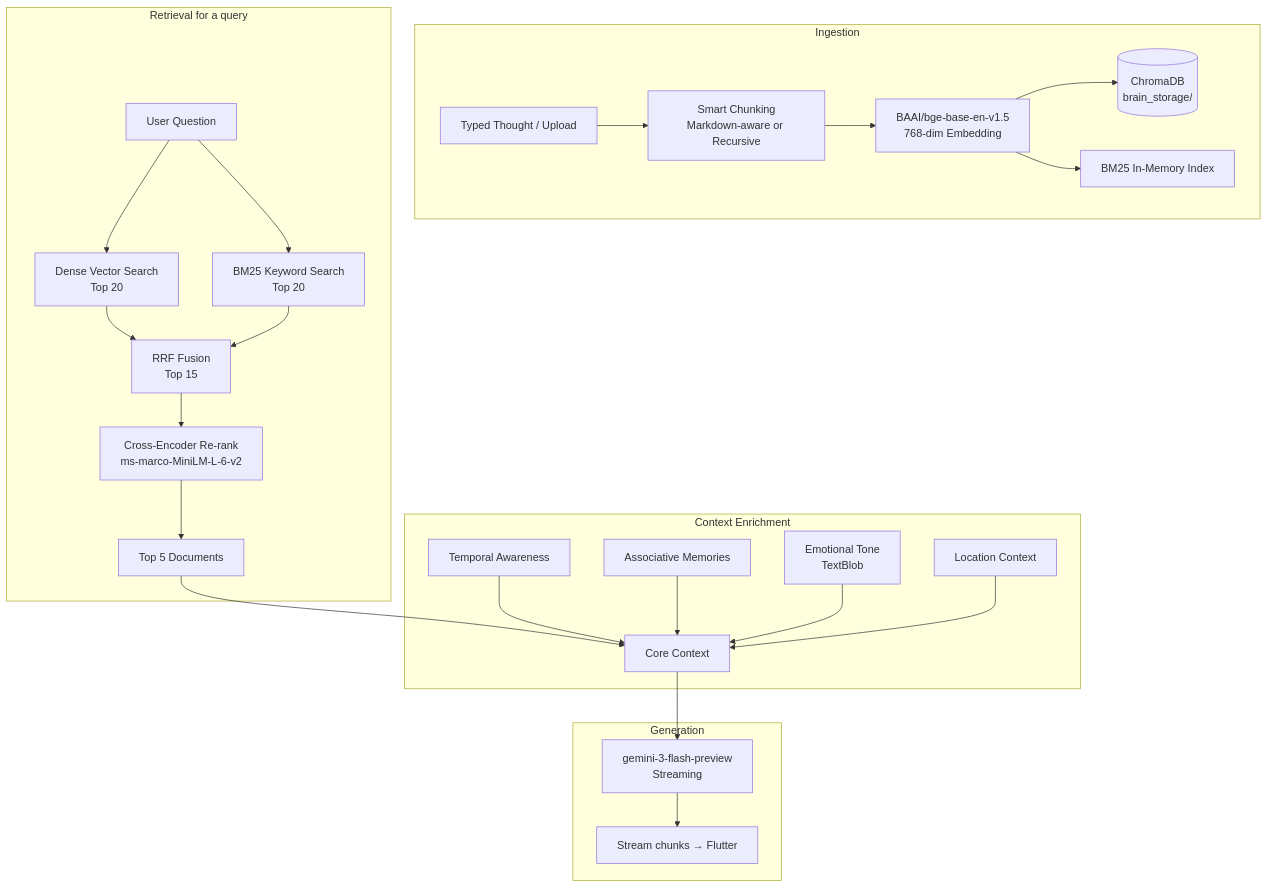
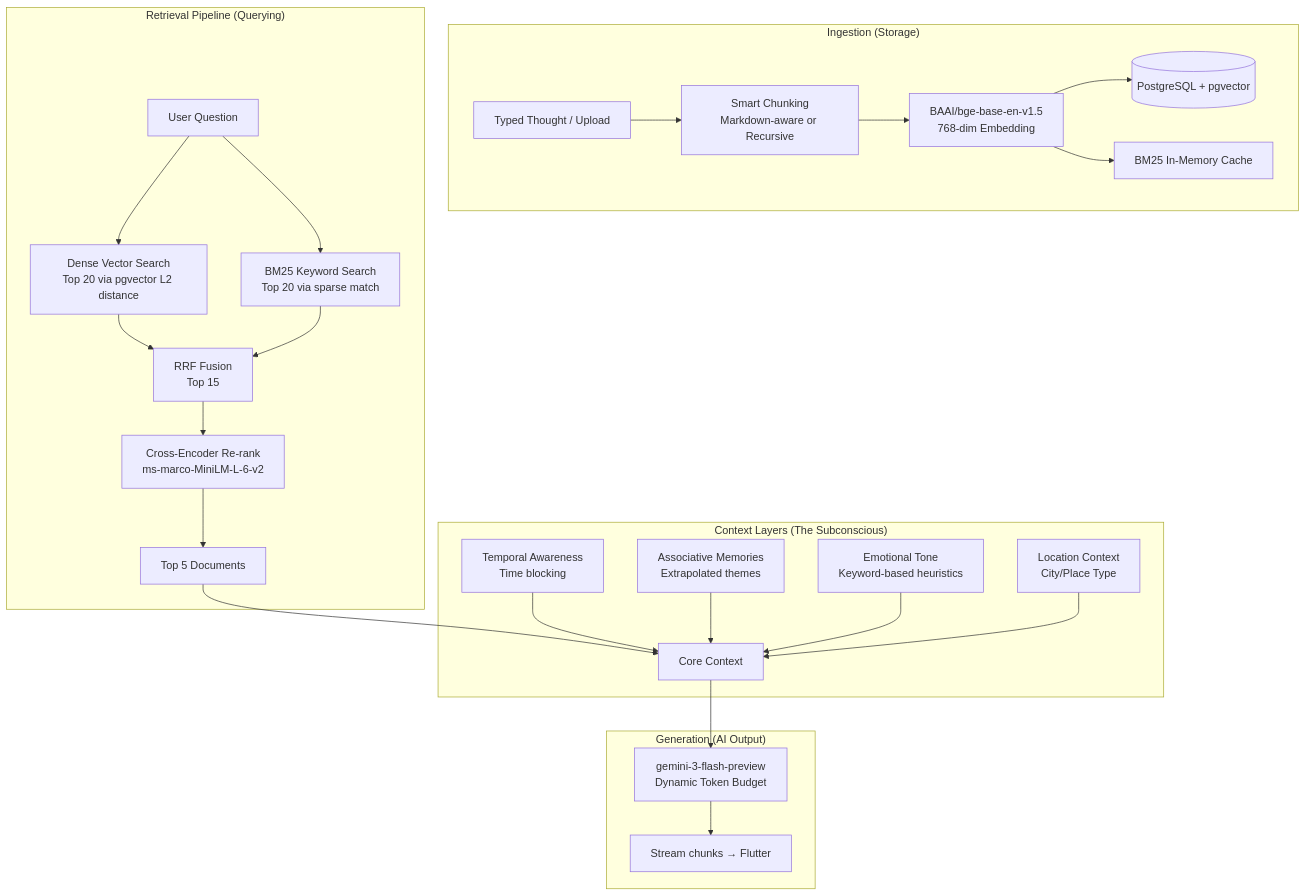
The diagram in documentation/backend/rag/RAG_SYSTEM.md (siddhant-debug/brain-dump), drawn with Mermaid before and after one commit. The commit also changed other lines of this file and 2 other files, not shown here.

````diff
--- a/documentation/backend/rag/RAG_SYSTEM.md
+++ b/documentation/backend/rag/RAG_SYSTEM.md
@@ -295,31 +16,31 @@
 ```mermaid
 graph TD
-    subgraph "Ingestion"
-        Note[Typed Thought / Upload] --> Chunk[Smart Chunking\nMarkdown-aware or Recursive]
-        Chunk --> Embed[BAAI/bge-base-en-v1.5\n768-dim Embedding]
-        Embed --> ChromaDB[(ChromaDB\nbrain_storage/)]
-        Embed --> BM25_Index[BM25 In-Memory Index]
+    subgraph "Ingestion (Storage)"
+        Note[Typed Thought / Upload] --> Chunk[Smart Chunking<br>Markdown-aware or Recursive]
+        Chunk --> Embed[BAAI/bge-base-en-v1.5<br>768-dim Embedding]
+        Embed --> PGVector[(PostgreSQL + pgvector)]
+        Embed --> BM25_Index[BM25 In-Memory Cache]
     end
 
-    subgraph "Retrieval for a query"
-        Q[User Question] --> VecSearch[Dense Vector Search\nTop 20]
-        Q --> BM25Search[BM25 Keyword Search\nTop 20]
-        VecSearch --> RRF[RRF Fusion\nTop 15]
+    subgraph "Retrieval Pipeline (Querying)"
+        Q[User Question] --> VecSearch[Dense Vector Search<br>Top 20 via pgvector L2 distance]
+        Q --> BM25Search[BM25 Keyword Search<br>Top 20 via sparse match]
+        VecSearch --> RRF[RRF Fusion<br>Top 15]
         BM25Search --> RRF
-        RRF --> XEncoder[Cross-Encoder Re-rank\nms-marco-MiniLM-L-6-v2]
+        RRF --> XEncoder[Cross-Encoder Re-rank<br>ms-marco-MiniLM-L-6-v2]
         XEncoder --> Top5[Top 5 Documents]
     end
 
-    subgraph "Context Enrichment"
+    subgraph "Context Layers (The Subconscious)"
         Top5 --> Ctx[Core Context]
-        TimeAware[Temporal Awareness] --> Ctx
-        AssocMem[Associative Memories] --> Ctx
-        EmotionTone[Emotional Tone\nTextBlob] --> Ctx
-        Location[Location Context] --> Ctx
+        TimeAware[Temporal Awareness<br>Time blocking] --> Ctx
+        AssocMem[Associative Memories<br>Extrapolated themes] --> Ctx
+        EmotionTone[Emotional Tone<br>Keyword-based heuristics] --> Ctx
+        Location[Location Context<br>City/Place Type] --> Ctx
     end
 
-    subgraph "Generation"
-        Ctx --> Gemini[gemini-3-flash-preview\nStreaming]
+    subgraph "Generation (AI Output)"
+        Ctx --> Gemini[gemini-3-flash-preview<br>Dynamic Token Budget]
         Gemini --> Stream[Stream chunks → Flutter]
     end
 ```
````
